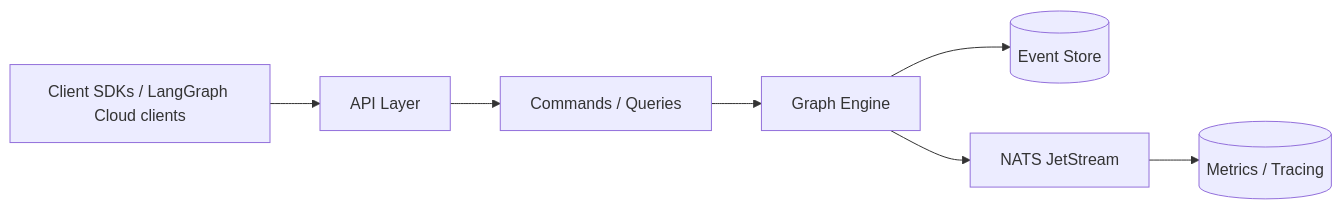
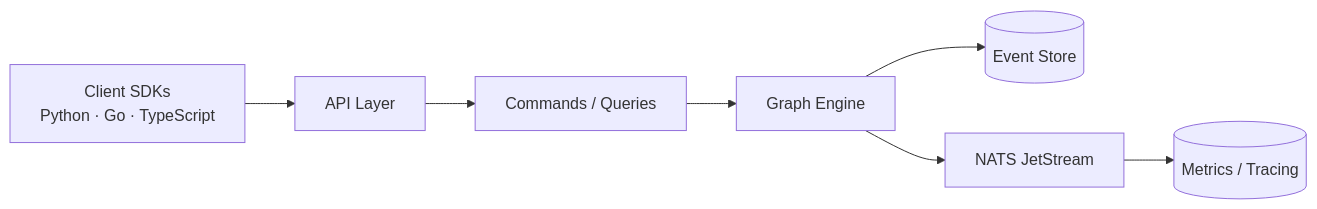
The diagram in docs/src/content/docs/docs/introduction.mdx (Duragraph/duragraph), drawn with Mermaid before and after one commit. The commit also changed other lines of this file and 2 other files, not shown here.

First line of the commit message:
docs: reposition messaging to lead with architecture strengths (#10)

````diff
--- a/docs/src/content/docs/docs/introduction.mdx
+++ b/docs/src/content/docs/docs/introduction.mdx
@@ -59,15 +38,15 @@
 ```mermaid
 flowchart LR
-  client["Client SDKs / LangGraph Cloud clients"]
+  client["Client SDKs<br/>Python · Go · TypeScript"]
   api[API Layer]
   commands[Commands / Queries]
   engine[Graph Engine]
   events[(Event Store)]
   nats[NATS JetStream]
   observability[(Metrics / Tracing)]
 
   client --> api --> commands --> engine
   engine --> events
   engine --> nats
   nats --> observability
 ```
````
